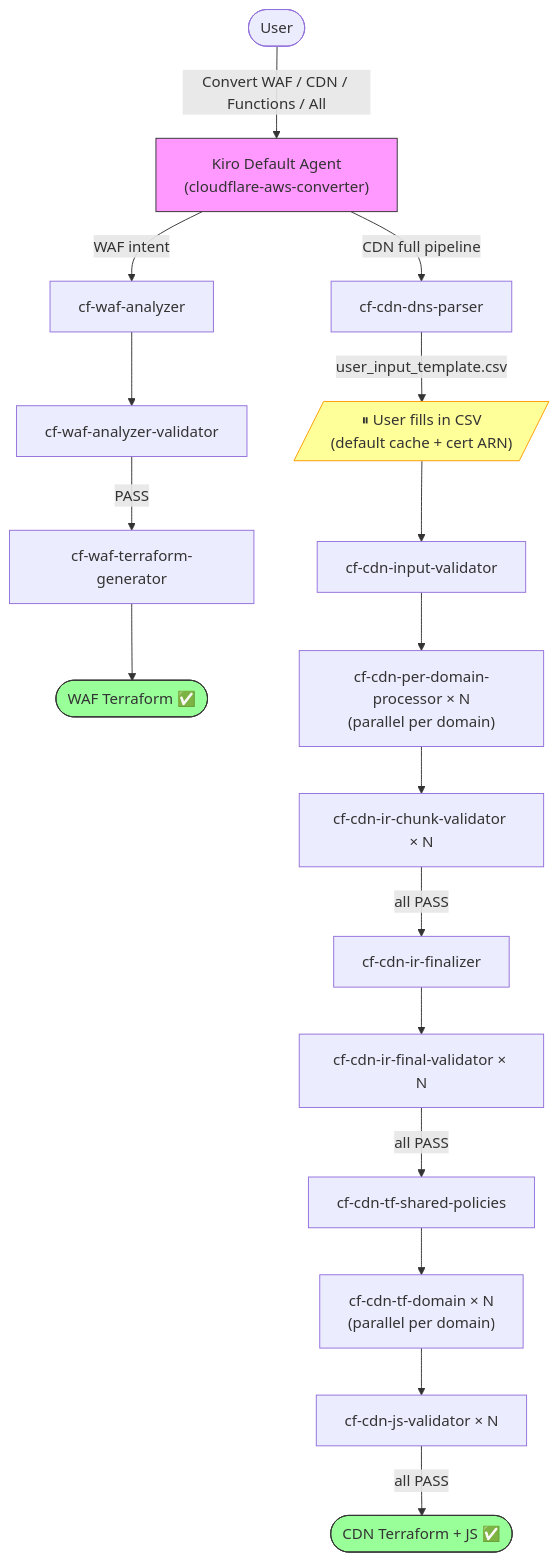
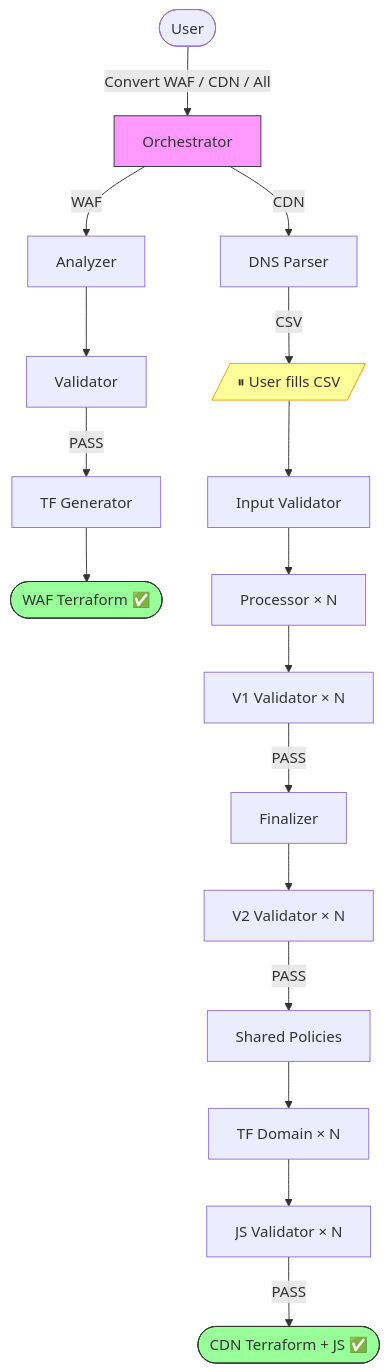
Before and after one commit to chenghit/cloudflare-aws-edge-config-converter: the diagram in README.md, drawn with Mermaid. The commit also changed other lines of this file and 1 other file, not shown here.

````diff
--- a/README.md
+++ b/README.md
@@ -38,26 +69,22 @@
 ```mermaid
 flowchart TD
-    User([User]) -->|"Convert WAF / CDN / Functions / All"| Main["Kiro Default Agent\n(cloudflare-aws-converter)"]
+    User([User]) -->|"Convert WAF / CDN / All"| Main["Orchestrator"]
 
-    Main -->|WAF intent| WAF_A["cf-waf-analyzer"]
-    WAF_A --> WAF_V["cf-waf-analyzer-validator"]
-    WAF_V -->|PASS| WAF_G["cf-waf-terraform-generator"]
-    WAF_G --> WAF_Done([WAF Terraform ✅])
+    Main -->|WAF| WAF_A["Analyzer"] --> WAF_V["Validator"] -->|PASS| WAF_G["TF Generator"] --> WAF_Done([WAF Terraform ✅])
 
-    Main -->|CDN full pipeline| CDN1["cf-cdn-dns-parser"]
-    CDN1 -->|user_input_template.csv| Pause[/"⏸ User fills in CSV\n(default cache + cert ARN)"/]
-    Pause --> CDN2["cf-cdn-input-validator"]
-    CDN2 --> CDN3["cf-cdn-per-domain-processor × N\n(parallel per domain)"]
-    CDN3 --> CDN4["cf-cdn-ir-chunk-validator × N"]
-    CDN4 -->|all PASS| CDN5["cf-cdn-ir-finalizer"]
-    CDN5 --> CDN6["cf-cdn-ir-final-validator × N"]
-    CDN6 -->|all PASS| CDN7["cf-cdn-tf-shared-policies"]
-    CDN7 --> CDN8["cf-cdn-tf-domain × N\n(parallel per domain)"]
-    CDN8 --> CDN9["cf-cdn-js-validator × N"]
-    CDN9 -->|all PASS| CDN_Done([CDN Terraform + JS ✅])
+    Main -->|CDN| CDN1["DNS Parser"] -->|CSV| Pause[/"⏸ User fills CSV"/]
+    Pause --> CDN2["Input Validator"]
+    CDN2 --> CDN3["Processor × N"]
+    CDN3 --> CDN4["V1 Validator × N"]
+    CDN4 -->|PASS| CDN5["Finalizer"]
+    CDN5 --> CDN6["V2 Validator × N"]
+    CDN6 -->|PASS| CDN7["Shared Policies"]
+    CDN7 --> CDN8["TF Domain × N"]
+    CDN8 --> CDN9["JS Validator × N"]
+    CDN9 -->|PASS| CDN_Done([CDN Terraform + JS ✅])
 
     style Main fill:#f9f,stroke:#333
     style Pause fill:#ff9,stroke:#f90
     style WAF_Done fill:#9f9,stroke:#333
     style CDN_Done fill:#9f9,stroke:#333
 ```
````
